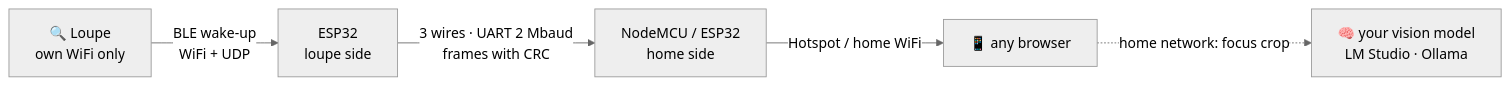
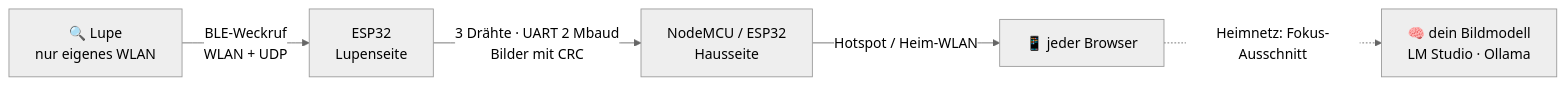
The diagram in README.md (ElektroGandhi/PlatinenLupe), drawn with Mermaid (neutral theme) before and after one commit. The commit also changed other lines of this file and 2 other files, not shown here.

````diff
--- a/README.md
+++ b/README.md
@@ -116,7 +115,7 @@
 ```mermaid
 flowchart LR
-  L["🔍 Loupe<br/>own WiFi only"] -- "BLE wake-up<br/>WiFi + UDP" --> A["ESP32<br/>loupe side"]
-  A -- "3 wires · UART 2 Mbaud<br/>frames with CRC" --> B["NodeMCU / ESP32<br/>home side"]
-  B -- "Hotspot / home WiFi" --> P["📱 any browser"]
-  P -. "home network: focus crop" .-> M["🧠 your vision model<br/>LM Studio · Ollama"]
+  L["🔍 Lupe<br/>nur eigenes WLAN"] -- "BLE-Weckruf<br/>WLAN + UDP" --> A["ESP32<br/>Lupenseite"]
+  A -- "3 Drähte · UART 2 Mbaud<br/>Bilder mit CRC" --> B["NodeMCU / ESP32<br/>Hausseite"]
+  B -- "Hotspot / Heim-WLAN" --> P["📱 jeder Browser"]
+  P -. "Heimnetz: Fokus-Ausschnitt" .-> M["🧠 dein Bildmodell<br/>LM Studio · Ollama"]
 ```
````
